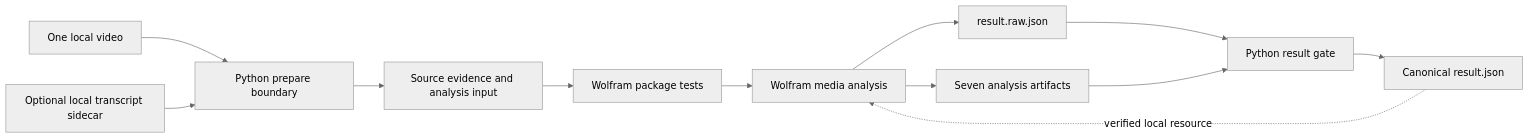
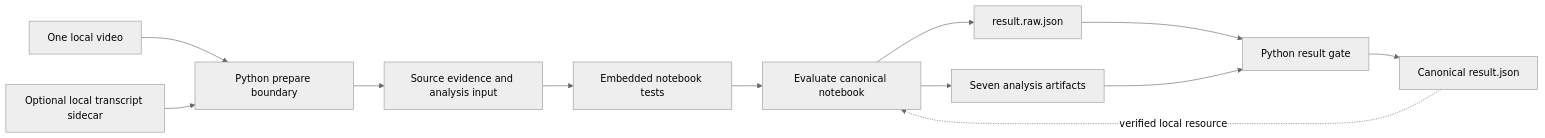
The diagram in Documentation/mathematica/pilot-design.md (KG-khangelani/babelapha), drawn with Mermaid (neutral theme) before and after one commit. The commit also changed other lines of this file and 10 other files, not shown here.

````diff
--- a/Documentation/mathematica/pilot-design.md
+++ b/Documentation/mathematica/pilot-design.md
@@ -57,14 +57,14 @@
 ```mermaid
 flowchart LR
     V[One local video] --> P[Python prepare boundary]
     S[Optional local transcript sidecar] --> P
     P --> E[Source evidence and analysis input]
-    E --> T[Wolfram package tests]
-    T --> W[Wolfram media analysis]
+    E --> T[Embedded notebook tests]
+    T --> W[Evaluate canonical notebook]
     C[Explicit one-time Whisper cache] -. verified local resource .-> W
     W --> R[result.raw.json]
     W --> A[Seven analysis artifacts]
     R --> G[Python result gate]
     A --> G
     G --> C[Canonical result.json]
 ```
````
